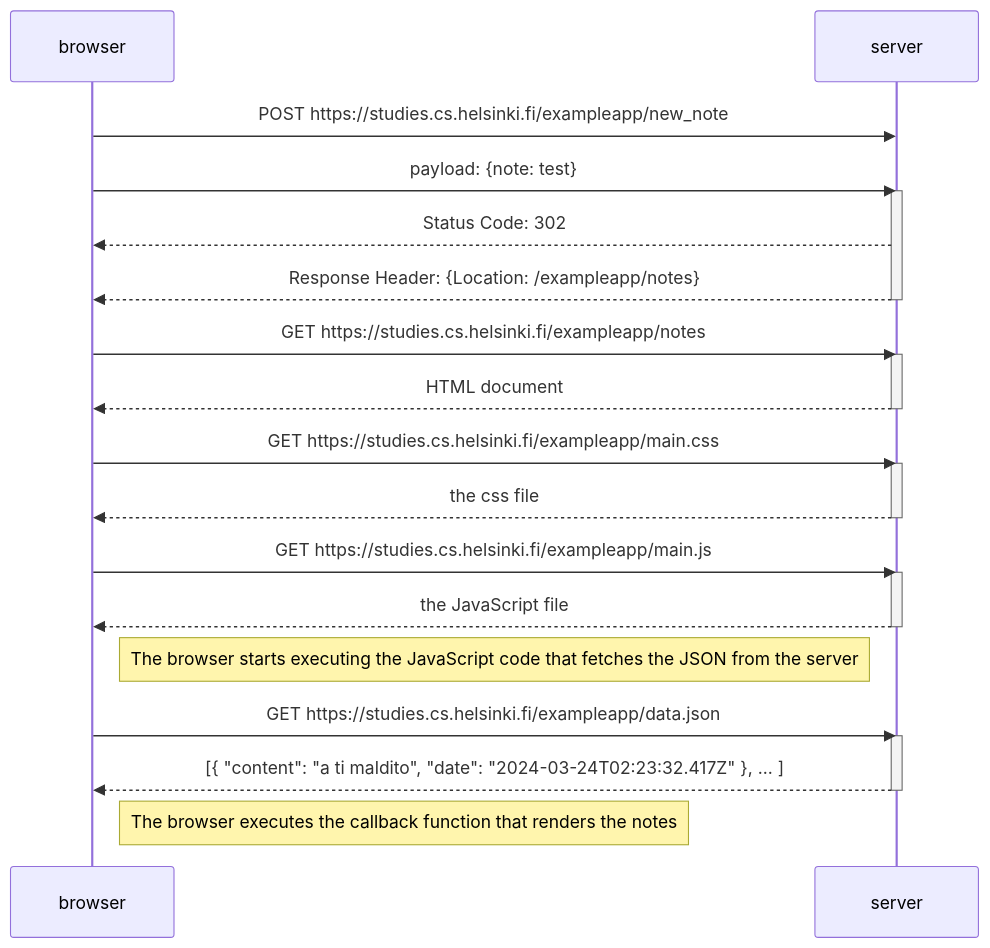
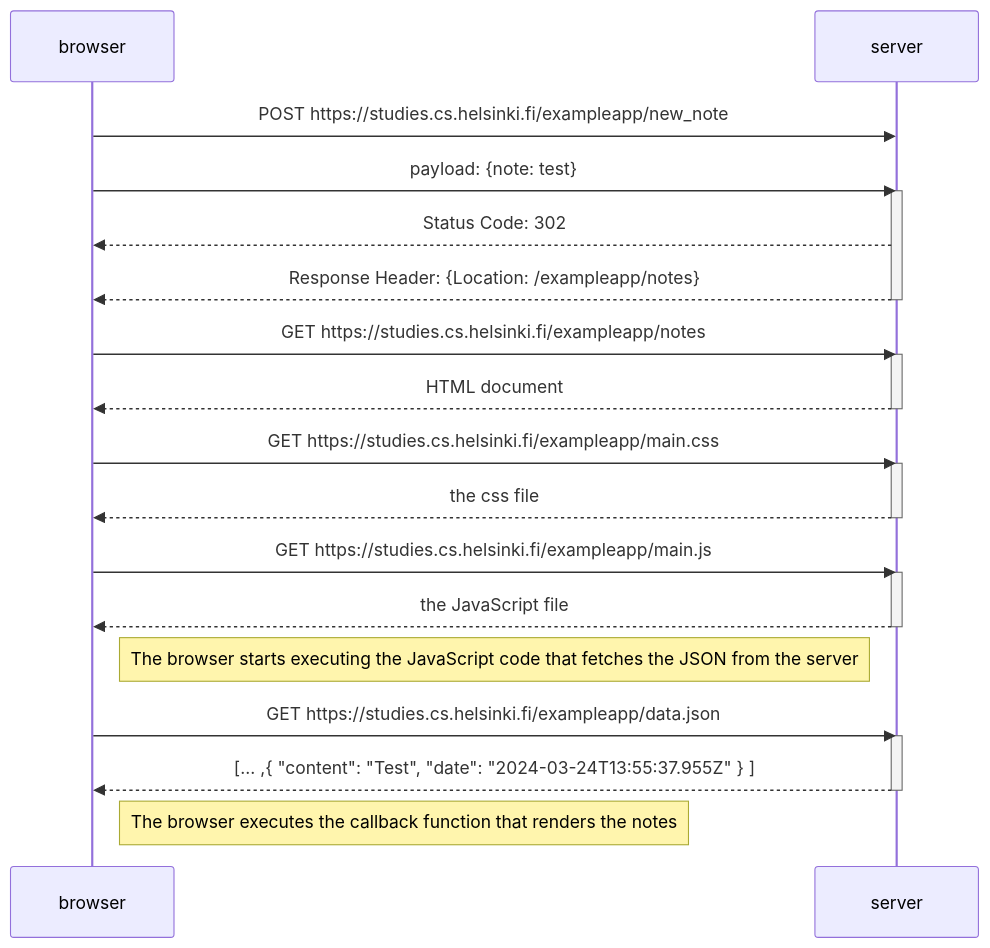
The diagram in exercise_0.4.mmd (dmc2m4/Exercises-0.4-0.5-0.6), drawn with Mermaid before and after one commit.

Commit message:
exercise 0.4 done

```diff
--- a/exercise_0.4.mmd
+++ b/exercise_0.4.mmd
@@ -1,34 +1,34 @@
 sequenceDiagram
     participant browser
     participant server
 
     browser->>server: POST https://studies.cs.helsinki.fi/exampleapp/new_note
     browser->>server: payload: {note: test}
     activate server
     server-->>browser: Status Code: 302
     server-->>browser: Response Header: {Location: /exampleapp/notes}
     deactivate server
 
     browser->>server: GET https://studies.cs.helsinki.fi/exampleapp/notes
     activate server
     server-->>browser: HTML document
     deactivate server
 
     browser->>server: GET https://studies.cs.helsinki.fi/exampleapp/main.css
     activate server
     server-->>browser: the css file
     deactivate server
 
     browser->>server: GET https://studies.cs.helsinki.fi/exampleapp/main.js
     activate server
     server-->>browser: the JavaScript file
     deactivate server
 
     Note right of browser: The browser starts executing the JavaScript code that fetches the JSON from the server
 
     browser->>server: GET https://studies.cs.helsinki.fi/exampleapp/data.json
     activate server
-    server-->>browser: [{ "content": "a ti maldito", "date": "2024-03-24T02:23:32.417Z" }, ... ]
+    server-->>browser: [... ,{ "content": "Test", "date": "2024-03-24T13:55:37.955Z" } ]
     deactivate server
 
     Note right of browser: The browser executes the callback function that renders the notes
```
